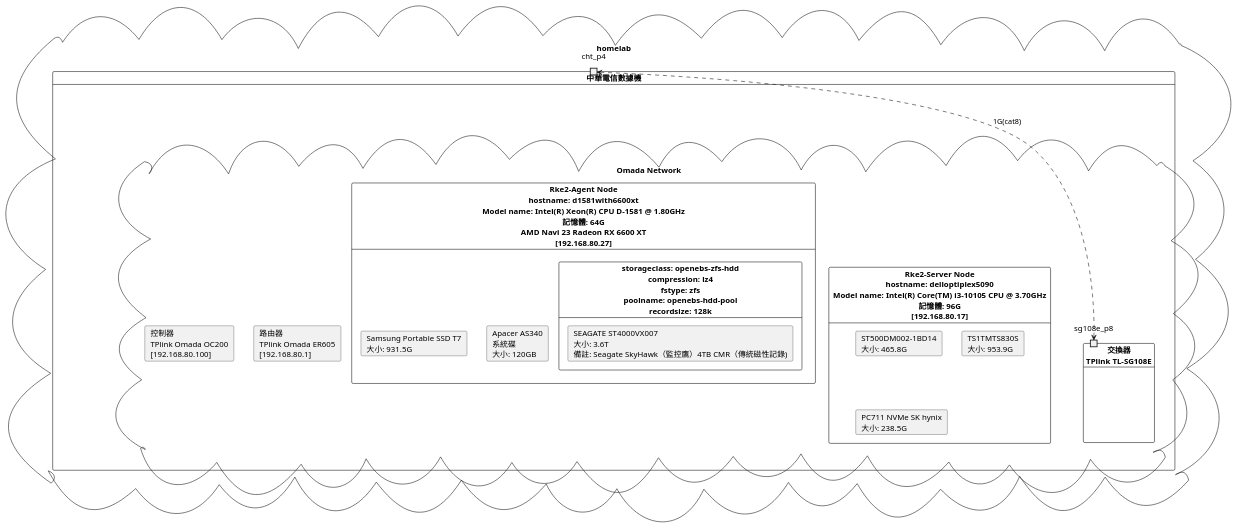
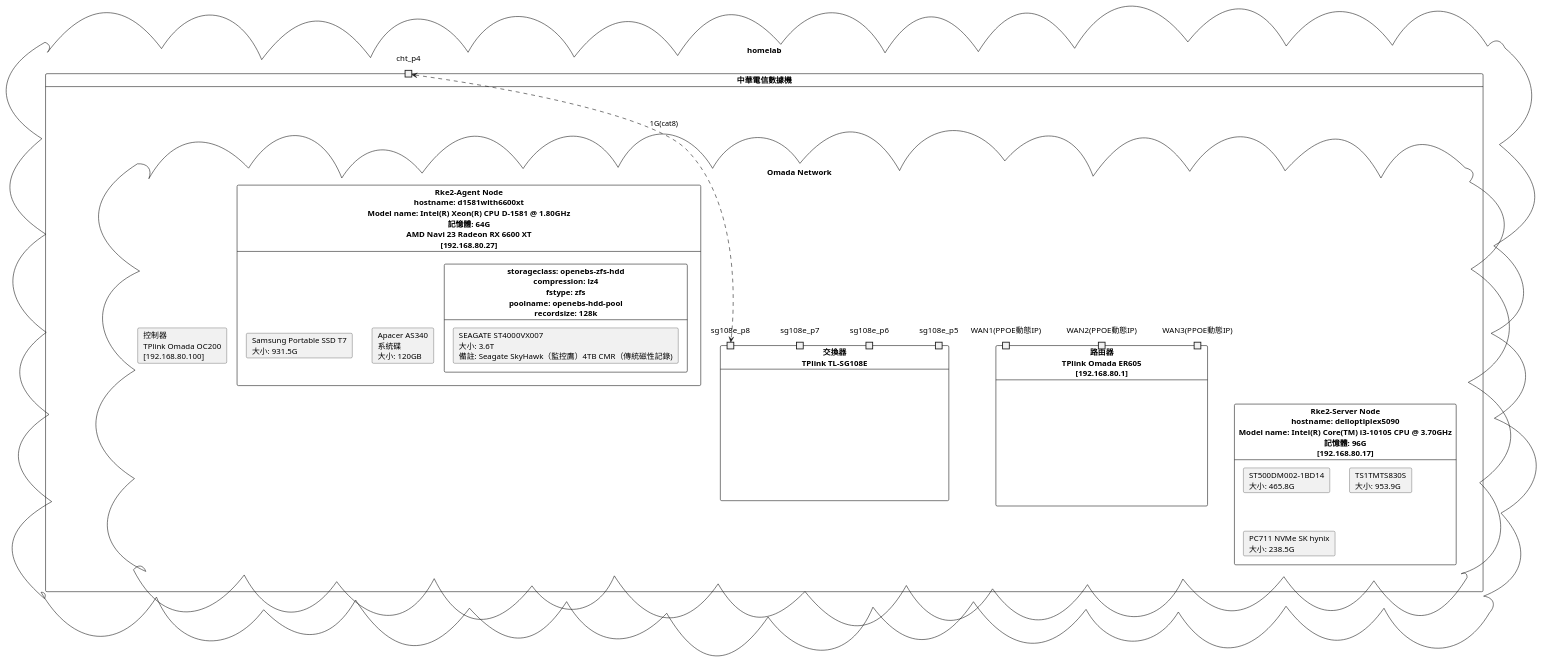
The diagram in README.md (ziyi-bear/fleet-rke2-homelab), drawn with PlantUML before and after one commit.

Commit message:
更新網路資訊

````diff
--- a/README.md
+++ b/README.md
@@ -87,31 +87,38 @@
 ```plantuml
 @startuml
 cloud "homelab" {
   card "中華電信數據機" {
     port cht_p4
 
     cloud "Omada Network" {
-      card "路由器\nTPlink Omada ER605\n[192.168.80.1]"
+      card "路由器\nTPlink Omada ER605\n[192.168.80.1]" {
+        port "WAN1(PPOE動態IP)" as wan1
+        port "WAN2(PPOE動態IP)" as wan2
+        port "WAN3(PPOE動態IP)" as wan3
+      }
       card "控制器\nTPlink Omada OC200\n[192.168.80.100]"
       card "交換器\nTPlink TL-SG108E" {
         port sg108e_p8
+        port sg108e_p7
+        port sg108e_p6
+        port sg108e_p5
       }
       card "Rke2-Server Node\nhostname: delloptiplex5090\nModel name: Intel(R) Core(TM) i3-10105 CPU @ 3.70GHz\n記憶體: 96G\n[192.168.80.17]" {
         card "ST500DM002-1BD14\n大小: 465.8G"
         card "TS1TMTS830S\n大小: 953.9G"
         card "PC711 NVMe SK hynix\n大小: 238.5G"
       }
       card "Rke2-Agent Node\nhostname: d1581with6600xt\nModel name: Intel(R) Xeon(R) CPU D-1581 @ 1.80GHz\n記憶體: 64G\nAMD Navi 23 Radeon RX 6600 XT\n[192.168.80.27]" {
         card "Apacer AS340\n系統碟\n大小: 120GB"
         card "storageclass: openebs-zfs-hdd\ncompression: lz4\nfstype: zfs\npoolname: openebs-hdd-pool\nrecordsize: 128k" {
           card "SEAGATE ST4000VX007\n大小: 3.6T\n備註: Seagate SkyHawk（監控鷹）4TB CMR（傳統磁性記錄)"
         }
         card "Samsung Portable SSD T7\n大小: 931.5G"
       }
     }
   }
 }
 
 cht_p4 <-.-> sg108e_p8 : 1G(cat8)
 @enduml
 ```
````
